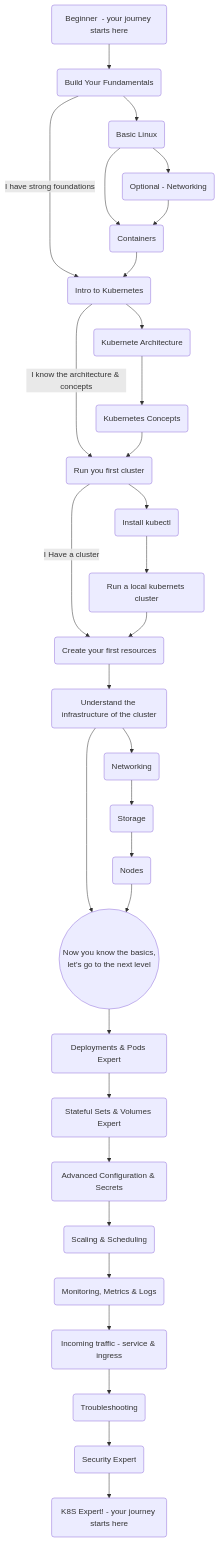
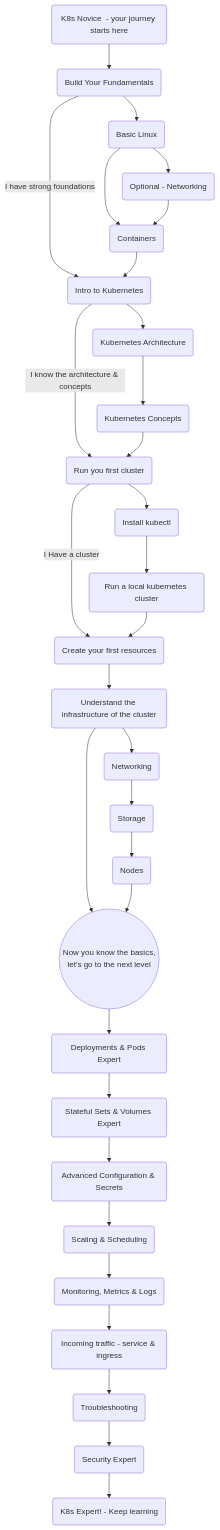
The diagram in README.md (guymenahem/the-kubernetes-journey), drawn with Mermaid before and after one commit. The commit also changed other lines of this file, not shown here.

Commit message:
Small Changes and improvements
Small changes and improvements

````diff
--- a/README.md
+++ b/README.md
@@ -11,6 +11,6 @@
 ```mermaid
     flowchart TD;
-        start(Beginner  - your journey starts here)
+        start(K8s Novice  - your journey starts here)
         start --> fundamentals
 
         fundamentals(Build Your Fundamentals)
@@ -34,7 +34,7 @@
         k8s-intro --> k8s-arch
         k8s-intro -- I know the architecture & concepts --> k8s-first-run
 
-            k8s-arch(Kubernete Architecture) --> k8s-concepts
+            k8s-arch(Kubernetes Architecture) --> k8s-concepts
 
             k8s-concepts(Kubernetes Concepts) --> k8s-first-run
 
@@ -47,7 +47,7 @@
             click kubectl "https://github.com/guymenahem/the-kubernetes-journey/tree/main/Beginner/install-kubectl"
             kubectl --> k8s-local
 
-            k8s-local(Run a local kubernets cluster)
+            k8s-local(Run a local kubernetes cluster)
             k8s-local --> k8s-first-resources
 
 
@@ -94,5 +94,5 @@
         security-expert(Security Expert) --> expert
 
         
-        expert(K8S Expert! - your journey starts here)
+        expert(K8s Expert! - Keep learning)
 ```
````
